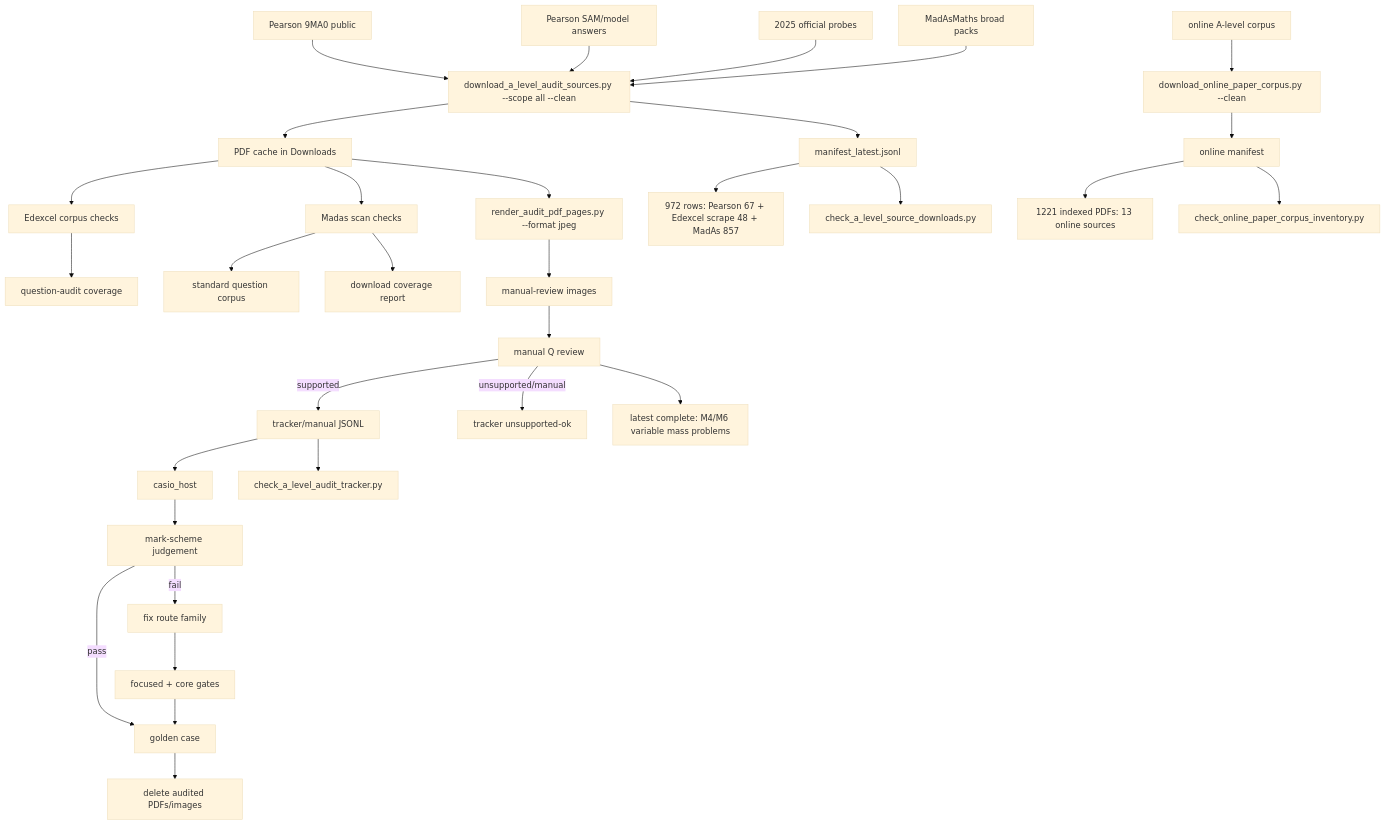
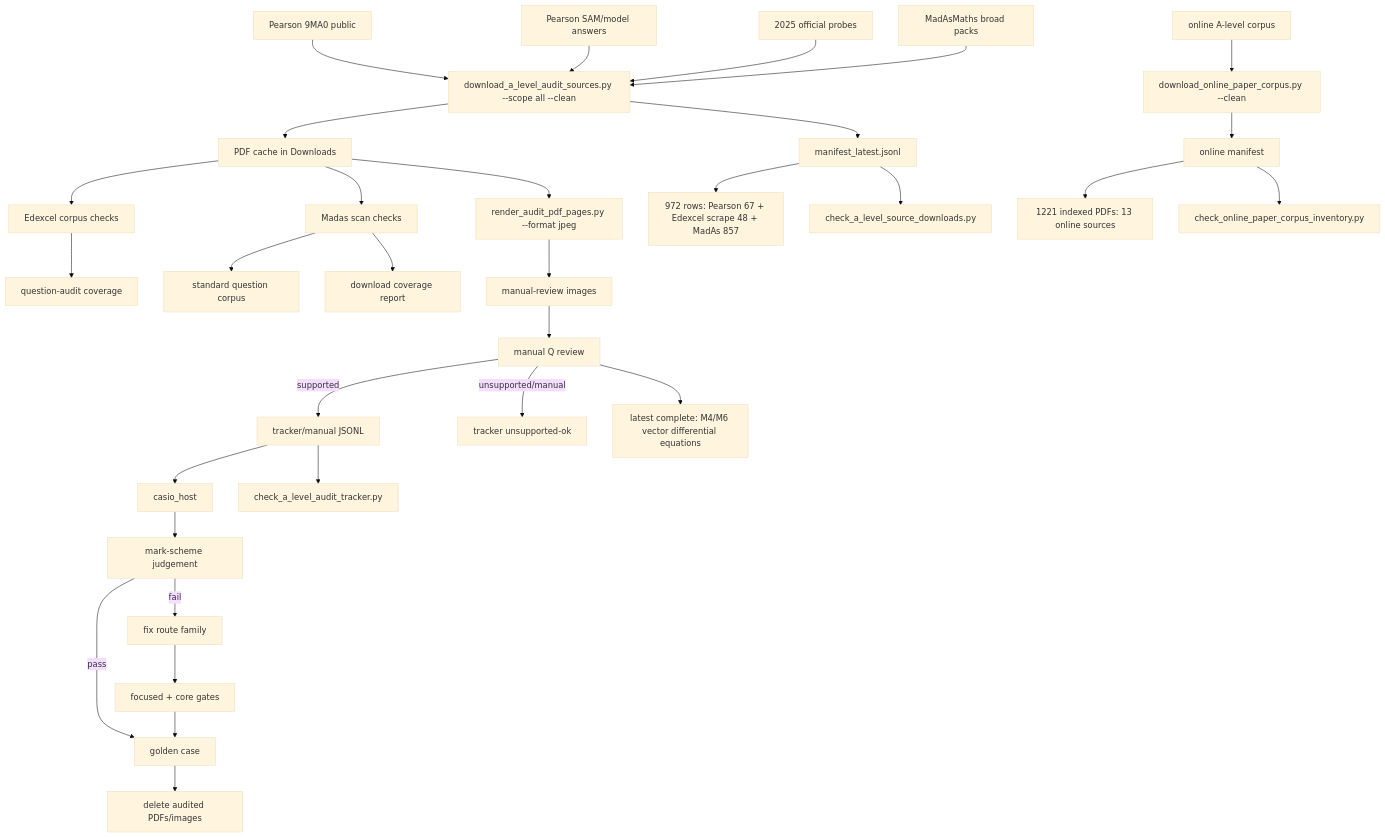
The diagram in c++/tools/golden/a_level_audit_graph.md (james8464/notes-addin-casio-fx-cg50), drawn with Mermaid (base theme) before and after one commit. The commit also changed other lines of this file and 2 other files, not shown here.

Commit message:
Audit M4 M6 vector differential equations booklet

````diff
--- a/c++/tools/golden/a_level_audit_graph.md
+++ b/c++/tools/golden/a_level_audit_graph.md
@@ -3,34 +3,34 @@
 ```mermaid
 graph TD
   E1["Pearson 9MA0 public"] --> D["download_a_level_audit_sources.py --scope all --clean"]
   E2["Pearson SAM/model answers"] --> D
   E3["2025 official probes"] --> D
   M1["MadAsMaths broad packs"] --> D
   O1["online A-level corpus"] --> OD["download_online_paper_corpus.py --clean"]
   D --> P["PDF cache in Downloads"]
   D --> X["manifest_latest.jsonl"]
   OD --> OX["online manifest"]
   X --> XC["972 rows: Pearson 67 + Edexcel scrape 48 + MadAs 857"]
   OX --> OC["1221 indexed PDFs: 13 online sources"]
   X --> V["check_a_level_source_downloads.py"]
   OX --> OV["check_online_paper_corpus_inventory.py"]
   P --> E["Edexcel corpus checks"]
   E --> EQ["question-audit coverage"]
   P --> S["Madas scan checks"]
   S --> M["standard question corpus"]
   S --> MC["download coverage report"]
   P --> R["render_audit_pdf_pages.py --format jpeg"]
   R --> I["manual-review images"]
   I --> Q["manual Q review"]
   Q -->|supported| J["tracker/manual JSONL"]
   Q -->|unsupported/manual| U["tracker unsupported-ok"]
   J --> H["casio_host"]
   J --> K["check_a_level_audit_tracker.py"]
   H --> C["mark-scheme judgement"]
   C -->|pass| G["golden case"]
   C -->|fail| F["fix route family"]
   F --> T["focused + core gates"]
   T --> G
   G --> Z["delete audited PDFs/images"]
-  Q --> Qt["latest complete: M4/M6 variable mass problems"]
+  Q --> Qt["latest complete: M4/M6 vector differential equations"]
 ```
````
